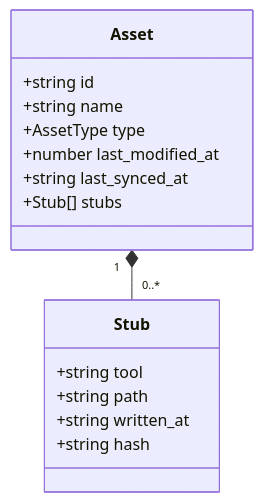
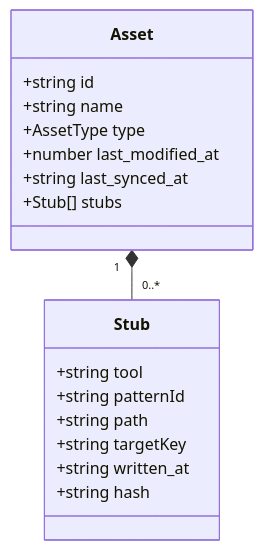
The second of 2 diagrams in apps/docs/docs/architecture/index.md (The-Untitled-Org/wasla), drawn with Mermaid before and after one commit. The commit also changed other lines of this file and 4 other files, not shown here.

````diff
--- a/apps/docs/docs/architecture/index.md
+++ b/apps/docs/docs/architecture/index.md
@@ -46,18 +46,20 @@
 ```mermaid
 classDiagram
     class Asset {
       +string id
       +string name
       +AssetType type
       +number last_modified_at
       +string last_synced_at
       +Stub[] stubs
     }
     class Stub {
       +string tool
+      +string patternId
       +string path
+      +string targetKey
       +string written_at
       +string hash
     }
     Asset "1" *-- "0..*" Stub
 ```
````
